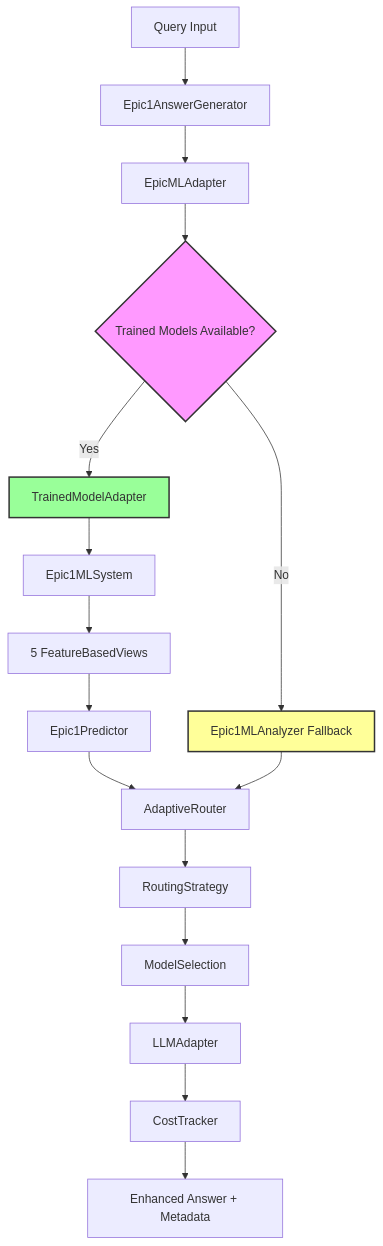
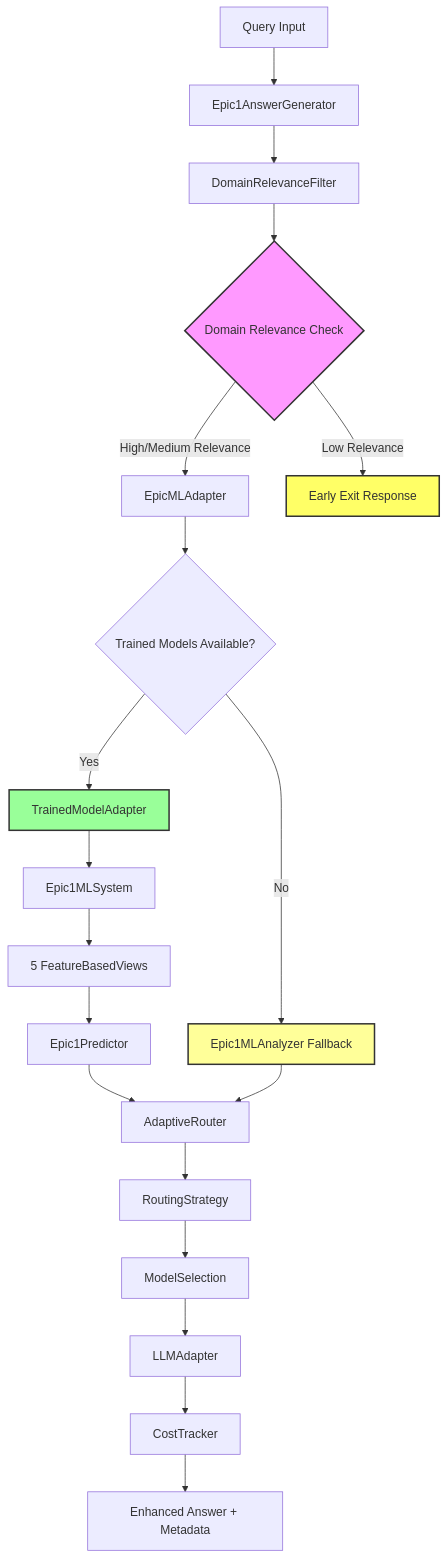
Before and after one commit to apassuello/technical-rag-system: the diagram in docs/epic1/architecture/EPIC1_SYSTEM_ARCHITECTURE.md, drawn with Mermaid. The commit also changed other lines of this file and 8 other files, not shown here.

Commit message:
Updated documentation and tests for domain-relevance component

````diff
--- a/docs/epic1/architecture/EPIC1_SYSTEM_ARCHITECTURE.md
+++ b/docs/epic1/architecture/EPIC1_SYSTEM_ARCHITECTURE.md
@@ -26,22 +27,26 @@
 ```mermaid
 graph TB
     A[Query Input] --> B[Epic1AnswerGenerator]
-    B --> C[EpicMLAdapter]
-    C --> D{Trained Models Available?}
-    D -->|Yes| E[TrainedModelAdapter]
-    D -->|No| F[Epic1MLAnalyzer Fallback]
-    E --> G[Epic1MLSystem]
-    G --> H[5 FeatureBasedViews]
-    H --> I[Epic1Predictor]
-    I --> J[AdaptiveRouter]
-    F --> J
-    J --> K[RoutingStrategy]
-    K --> L[ModelSelection]
-    L --> M[LLMAdapter]
-    M --> N[CostTracker]
-    N --> O[Enhanced Answer + Metadata]
+    B --> C[DomainRelevanceFilter]
+    C --> D{Domain Relevance Check}
+    D -->|High/Medium Relevance| E[EpicMLAdapter]
+    D -->|Low Relevance| F[Early Exit Response]
+    E --> G{Trained Models Available?}
+    G -->|Yes| H[TrainedModelAdapter]
+    G -->|No| I[Epic1MLAnalyzer Fallback]
+    H --> J[Epic1MLSystem]
+    J --> K[5 FeatureBasedViews]
+    K --> L[Epic1Predictor]
+    L --> M[AdaptiveRouter]
+    I --> M
+    M --> N[RoutingStrategy]
+    N --> O[ModelSelection]
+    O --> P[LLMAdapter]
+    P --> Q[CostTracker]
+    Q --> R[Enhanced Answer + Metadata]
     
     style D fill:#f9f,stroke:#333,stroke-width:2px
-    style E fill:#9f9,stroke:#333,stroke-width:2px
-    style F fill:#ff9,stroke:#333,stroke-width:2px
+    style F fill:#ff6,stroke:#333,stroke-width:2px
+    style H fill:#9f9,stroke:#333,stroke-width:2px
+    style I fill:#ff9,stroke:#333,stroke-width:2px
 ```
````
